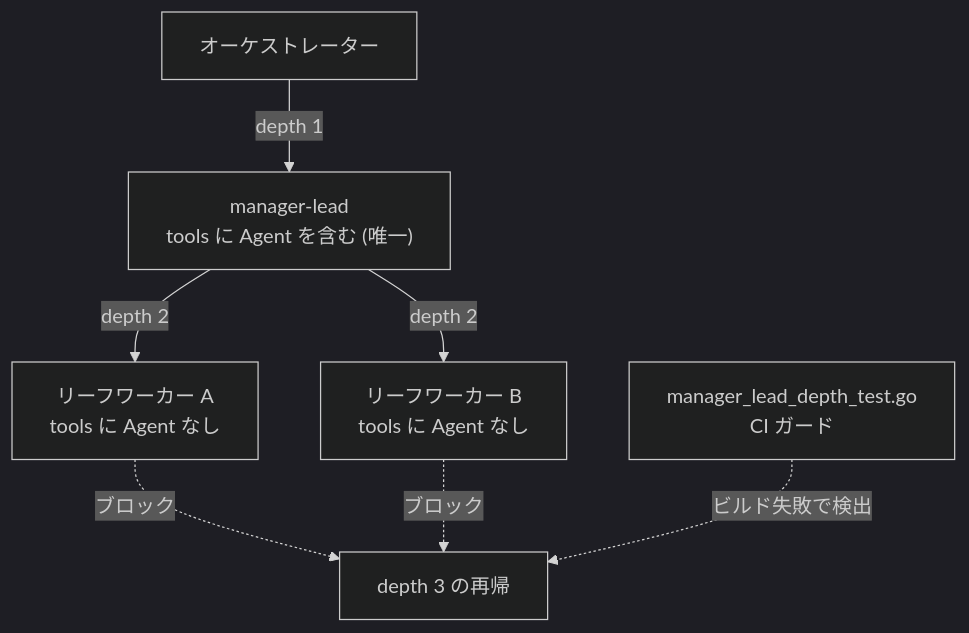
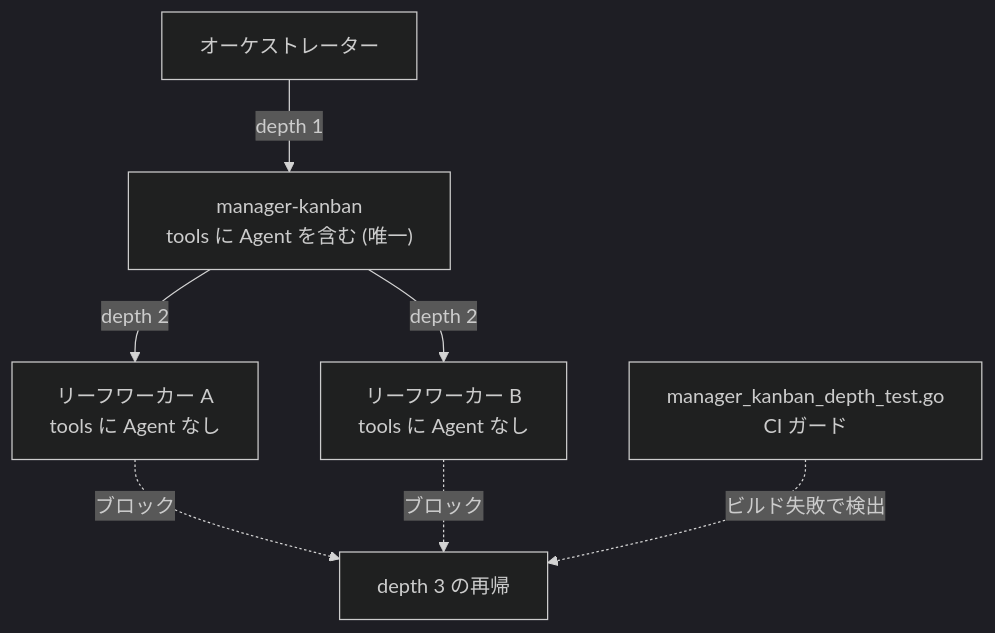
One commit to modu-ai/moai-adk changed the third of 5 diagrams in docs-site/content/ja/advanced/agent-guide.md. Above: the diagram before and after it, drawn with Mermaid (dark theme). The commit also changed other lines of this file and 69 other files, not shown here.

First line of the commit message:
feat(kanban): rename manager-lead to manager-kanban + add /moai todo backlog and dispatch protocol

````diff
--- a/docs-site/content/ja/advanced/agent-guide.md
+++ b/docs-site/content/ja/advanced/agent-guide.md
@@ -166,9 +166,9 @@
 ```mermaid
 flowchart TD
-    ORCH["オーケストレーター"] -->|"depth 1"| LEAD["manager-lead<br>tools に Agent を含む (唯一)"]
+    ORCH["オーケストレーター"] -->|"depth 1"| LEAD["manager-kanban<br>tools に Agent を含む (唯一)"]
     LEAD -->|"depth 2"| W1["リーフワーカー A<br>tools に Agent なし"]
     LEAD -->|"depth 2"| W2["リーフワーカー B<br>tools に Agent なし"]
     W1 -.->|"ブロック"| X["depth 3 の再帰"]
     W2 -.->|"ブロック"| X
-    GUARD["manager_lead_depth_test.go<br>CI ガード"] -.->|"ビルド失敗で検出"| X
+    GUARD["manager_kanban_depth_test.go<br>CI ガード"] -.->|"ビルド失敗で検出"| X
 ```
````
